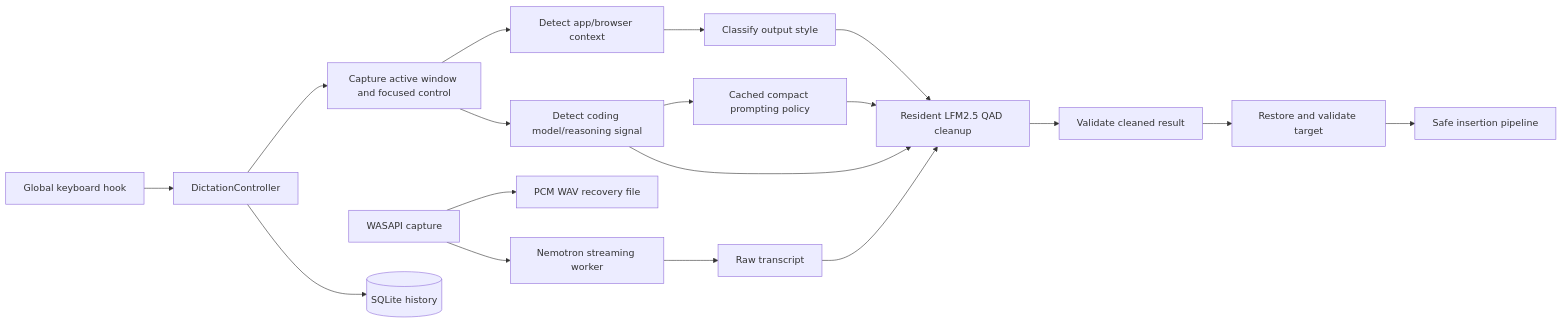
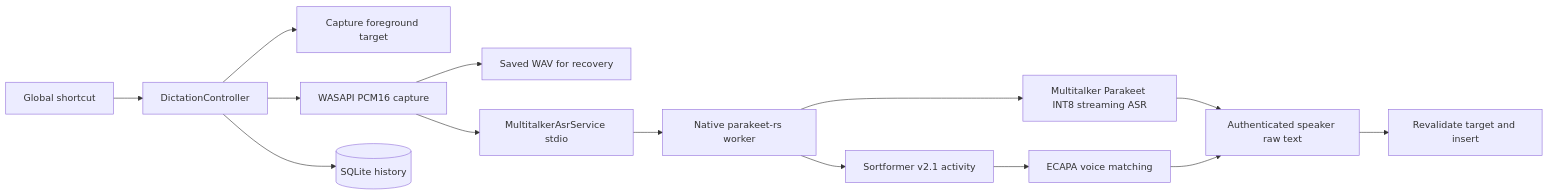
The diagram in docs/architecture.md (kpsr01/flow_local), drawn with Mermaid before and after one commit. The commit also changed other lines of this file and 67 other files, not shown here.

Commit message:
Replace dictation pipeline with local Multitalker speaker matching

````diff
--- a/docs/architecture.md
+++ b/docs/architecture.md
@@ -15,20 +7,16 @@
 ```mermaid
 flowchart LR
-  K[Global keyboard hook] --> C[DictationController]
-  C --> T[Capture active window and focused control]
-  T --> X[Detect app/browser context]
-  X --> S[Classify output style]
-  T --> M[Detect coding model/reasoning signal]
-  M --> G[Cached compact prompting policy]
-  A[WASAPI capture] --> W[PCM WAV recovery file]
-  A --> N[Nemotron streaming worker]
-  N --> R[Raw transcript]
-  R --> L[Resident LFM2.5 QAD cleanup]
-  S --> L
-  M --> L
-  G --> L
-  L --> V[Validate cleaned result]
-  V --> I[Restore and validate target]
-  I --> P[Safe insertion pipeline]
-  C --> D[(SQLite history)]
+  K[Global shortcut] --> C[DictationController]
+  C --> T[Capture foreground target]
+  C --> A[WASAPI PCM16 capture]
+  A --> W[Saved WAV for recovery]
+  A --> R[MultitalkerAsrService stdio]
+  R --> N[Native parakeet-rs worker]
+  N --> S[Sortformer v2.1 activity]
+  N --> M[Multitalker Parakeet INT8 streaming ASR]
+  S --> E[ECAPA voice matching]
+  M --> F[Authenticated speaker raw text]
+  E --> F
+  F --> I[Revalidate target and insert]
+  C --> H[(SQLite history)]
 ```
````
